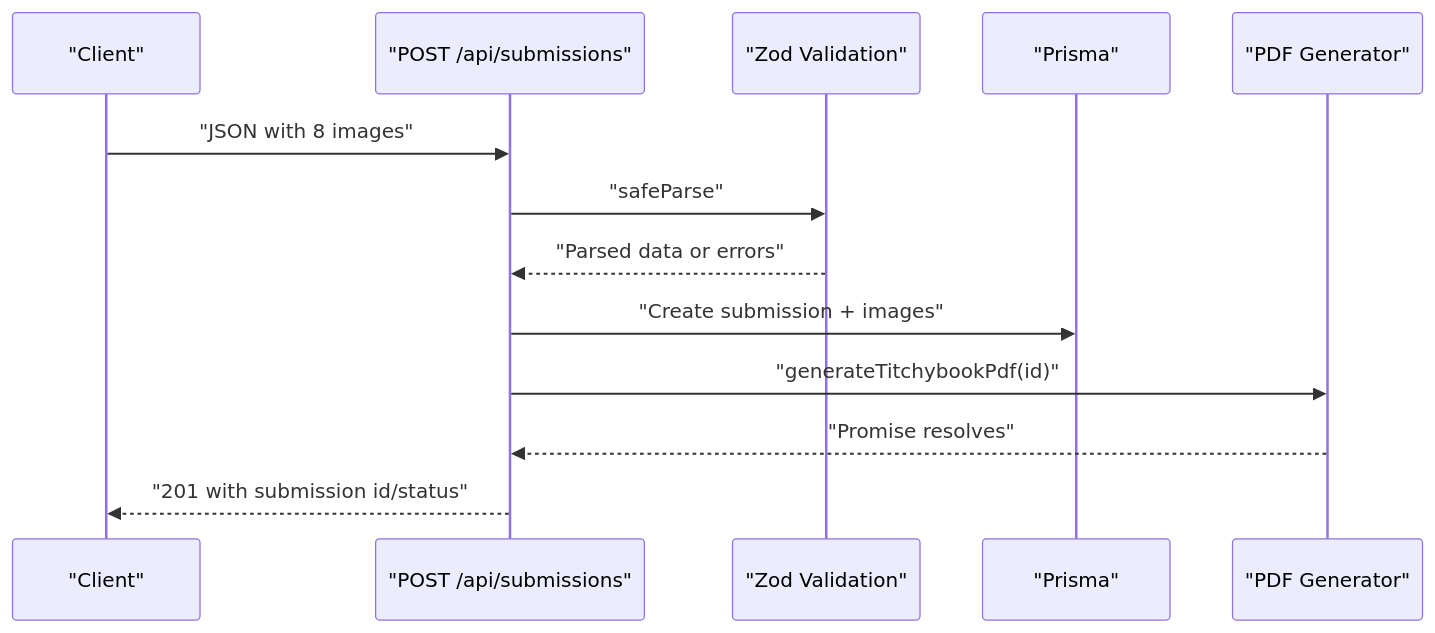
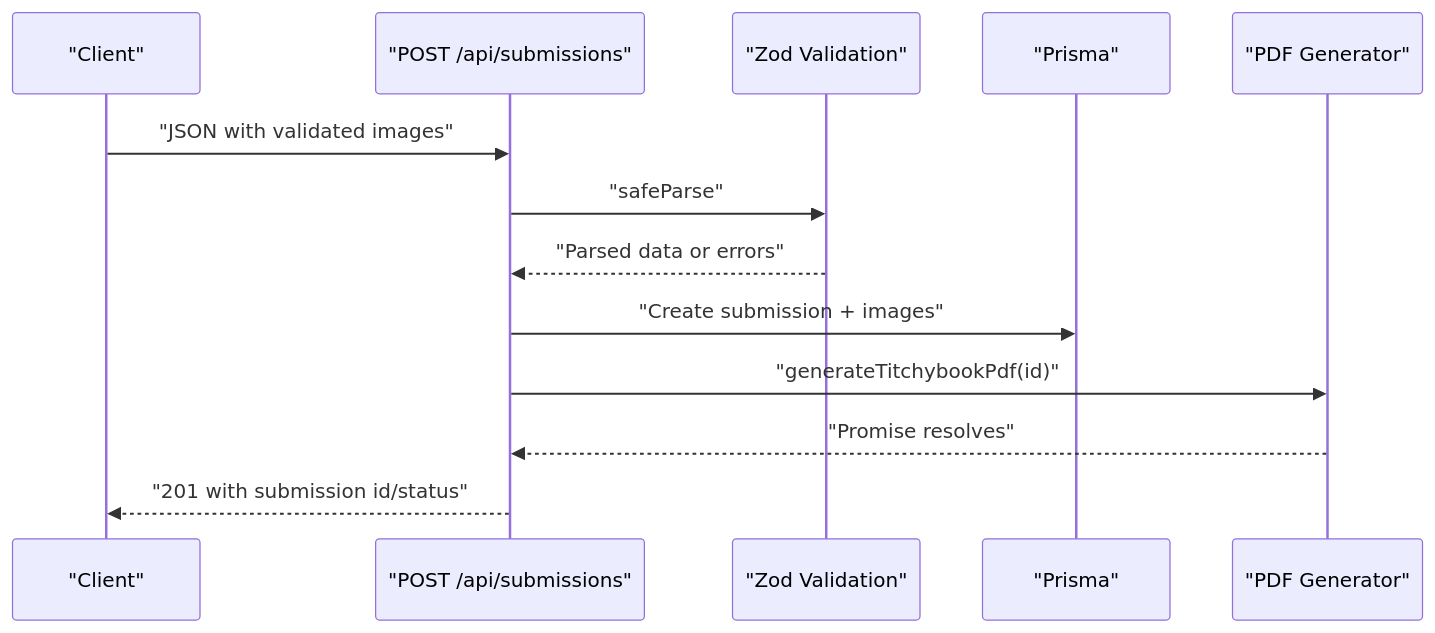
One commit to Crowdspender/titchybooks-app changed the seventh of 12 diagrams in .qoder/repowiki/en/content/Architecture Overview/Backend Architecture.md. Above: the diagram before and after it, drawn with Mermaid. The commit also changed other lines of this file and 62 other files, not shown here.

````diff
--- a/.qoder/repowiki/en/content/Architecture Overview/Backend Architecture.md
+++ b/.qoder/repowiki/en/content/Architecture Overview/Backend Architecture.md
@@ -280,15 +390,15 @@
 ```mermaid
 sequenceDiagram
 participant Client as "Client"
 participant Subs as "POST /api/submissions"
 participant Val as "Zod Validation"
 participant DB as "Prisma"
 participant PDF as "PDF Generator"
-Client->>Subs : "JSON with 8 images"
+Client->>Subs : "JSON with validated images"
 Subs->>Val : "safeParse"
 Val-->>Subs : "Parsed data or errors"
 Subs->>DB : "Create submission + images"
 Subs->>PDF : "generateTitchybookPdf(id)"
 PDF-->>Subs : "Promise resolves"
 Subs-->>Client : "201 with submission id/status"
 ```
````
